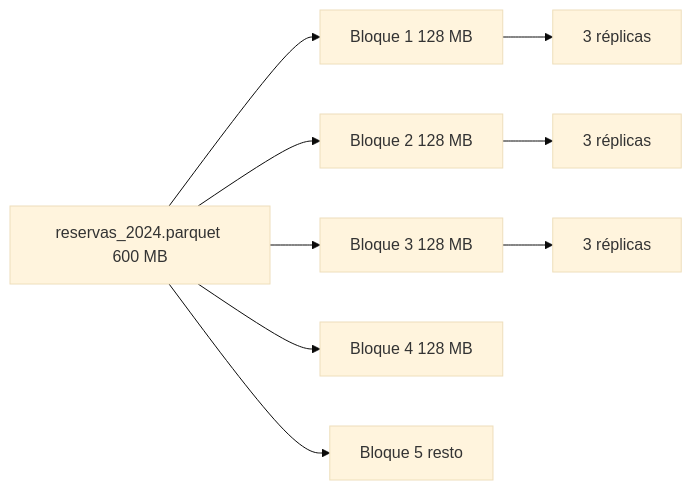
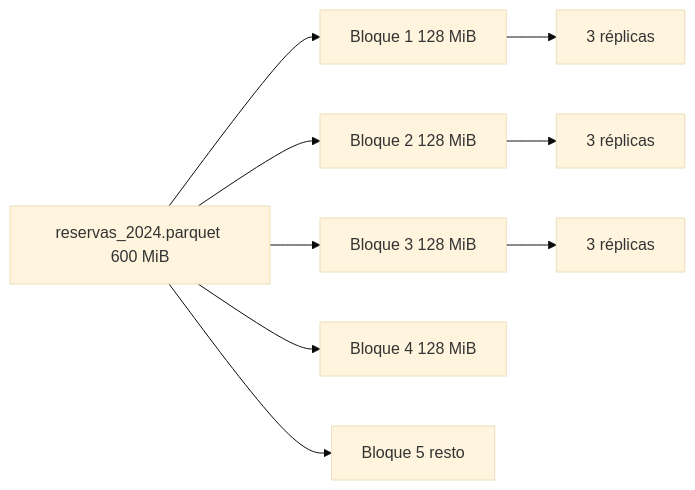
One commit to iesataulfoargentasor/bda_2026_2027 changed the first of 4 diagrams in docs/ut2/hdfs.md. Above: the diagram before and after it, drawn with Mermaid (base theme). The commit also changed other lines of this file and 23 other files, not shown here.

````diff
--- a/docs/ut2/hdfs.md
+++ b/docs/ut2/hdfs.md
@@ -47,11 +53,11 @@
 ```mermaid
 flowchart LR
-  F["reservas_2024.parquet 600 MB"] --> B1[Bloque 1 128 MB]
-  F --> B2[Bloque 2 128 MB]
-  F --> B3[Bloque 3 128 MB]
-  F --> B4[Bloque 4 128 MB]
+  F["reservas_2024.parquet 600 MiB"] --> B1[Bloque 1 128 MiB]
+  F --> B2[Bloque 2 128 MiB]
+  F --> B3[Bloque 3 128 MiB]
+  F --> B4[Bloque 4 128 MiB]
   F --> B5[Bloque 5 resto]
   B1 --> R1[3 réplicas]
   B2 --> R2[3 réplicas]
   B3 --> R3[3 réplicas]
 ```
````
